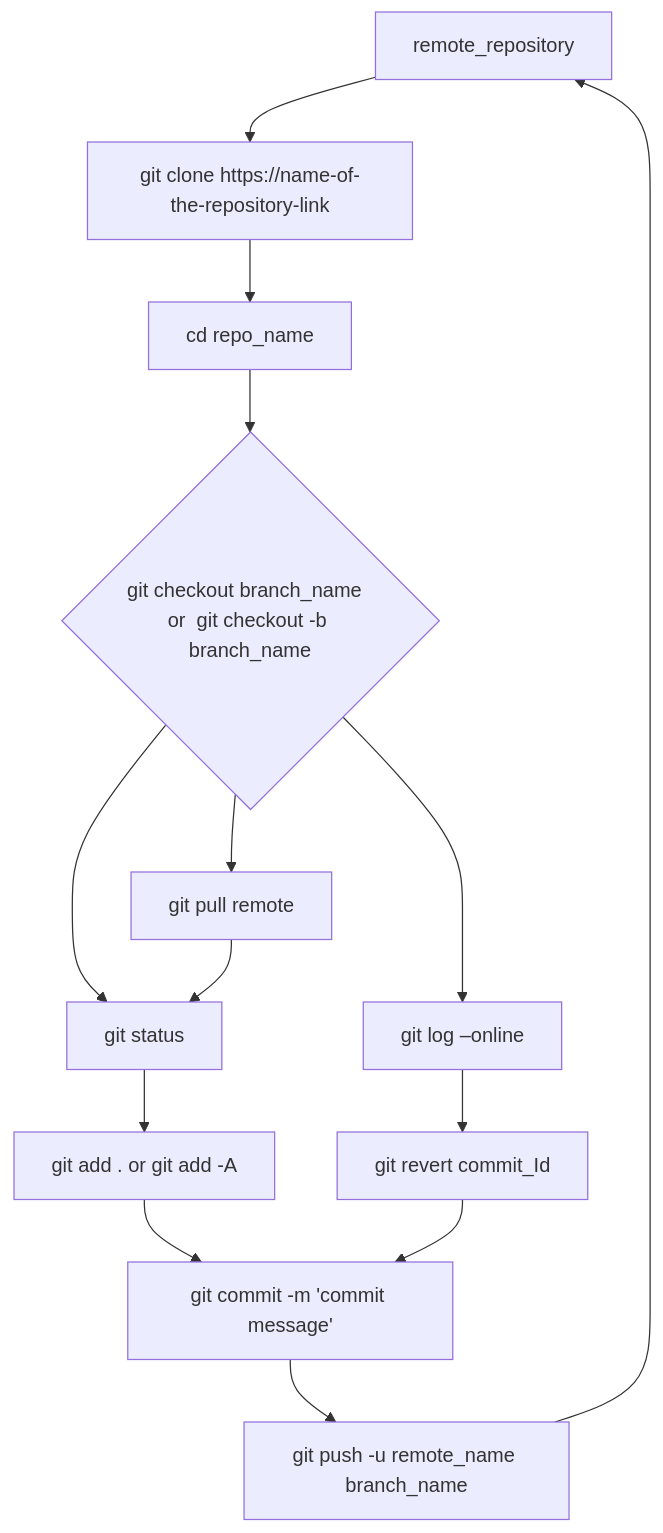
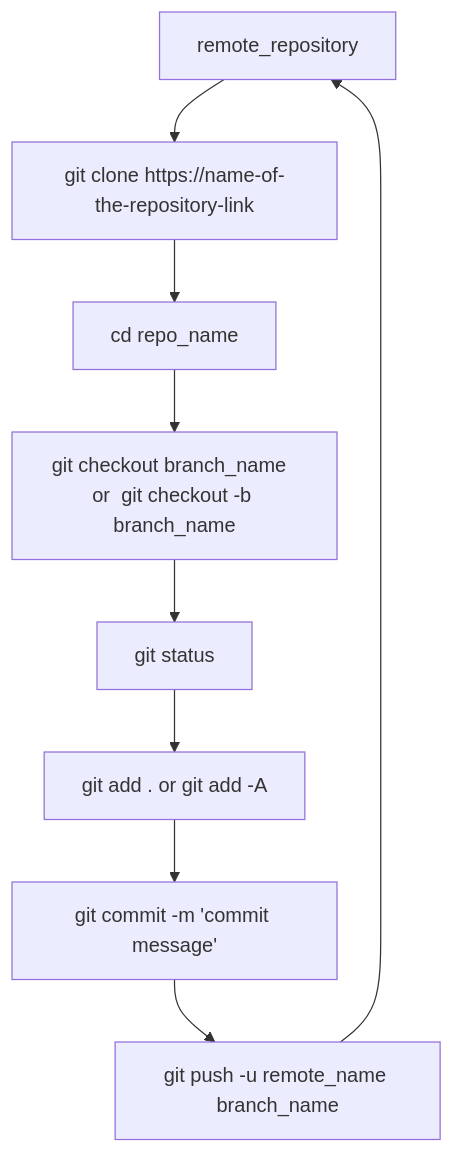
One commit to stawssthub/tstmd changed the diagram in Git_Workflow_for_Developers_.md. Above: the diagram before and after it, drawn with Mermaid. The commit also changed other lines of this file, not shown here.

````diff
--- a/Git_Workflow_for_Developers_.md
+++ b/Git_Workflow_for_Developers_.md
@@ -204,16 +178,11 @@
 ```mermaid
 flowchart TD;
     remote_repository-->working_directory[git clone https://name-of-the-repository-link];
     working_directory-->Change_directory[cd repo_name ];
-    Change_directory-->checkout_branch{git checkout branch_name  or  git checkout -b branch_name};
+    Change_directory-->checkout_branch[git checkout branch_name  or  git checkout -b branch_name];
     checkout_branch-->git_status[git status];
     git_status-->git_add[git add .  or  git add -A];
     git_add-->git_commit[git commit -m 'commit message'];
     git_commit-->git_push[git push -u remote_name branch_name];
     git_push-->remote_repository;
-    checkout_branch-->git_pull[git pull remote];
-    git_pull-->git_status;
-    checkout_branch-->git_revert_log[git log –online];
-    git_revert_log-->git_revert_commitid[git revert commit_Id];
-    git_revert_commitid-->git_commit;
 ```
````
